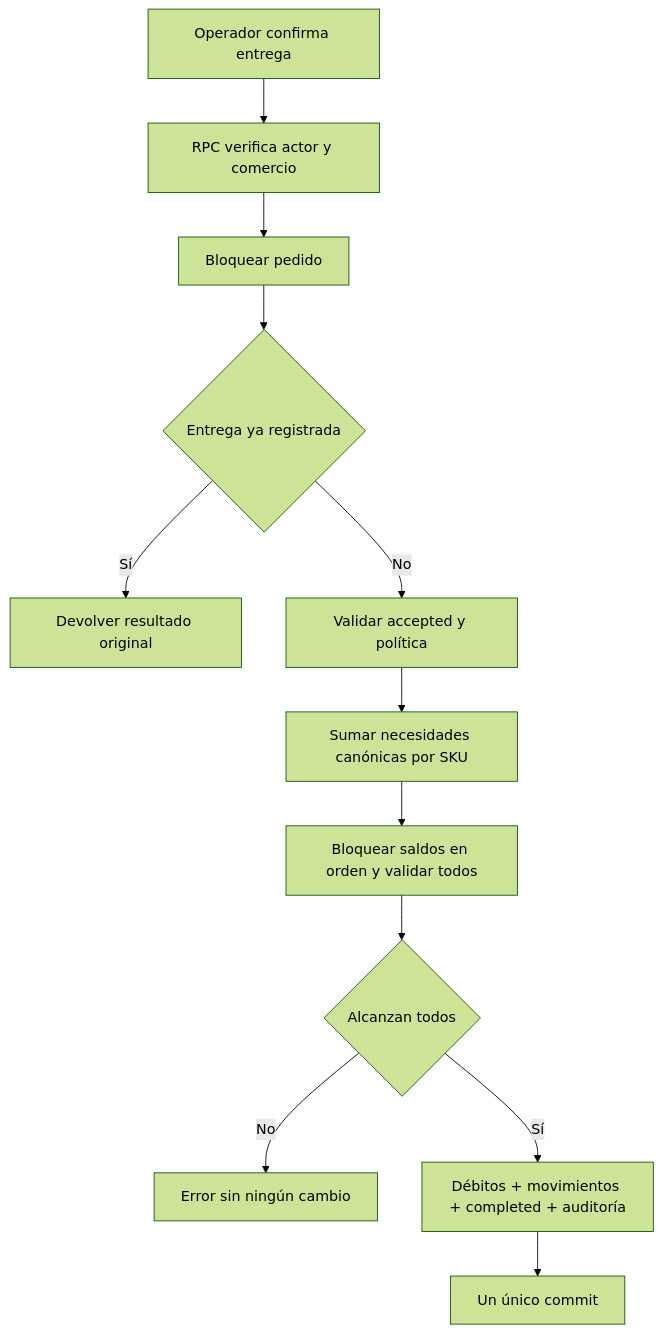
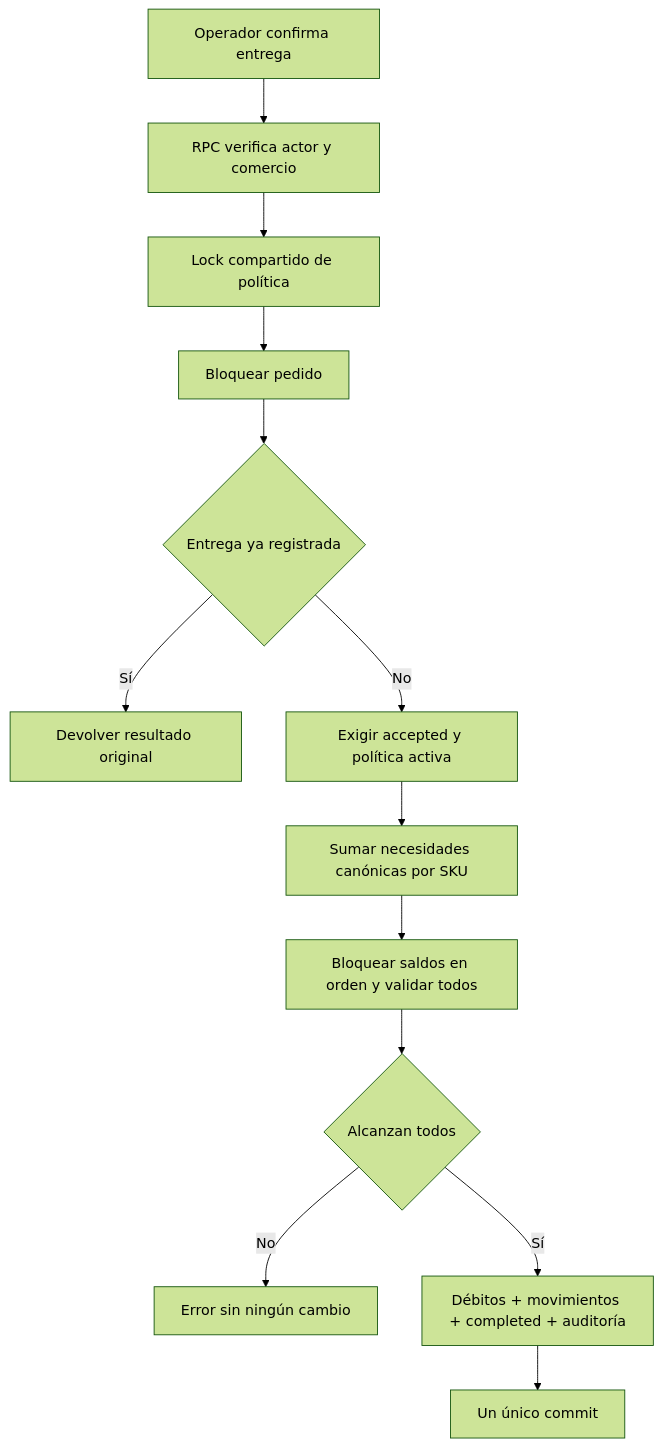
Before and after one commit to LautaroGalvan2024/mozzi-menu-digital: the diagram in docs/PLAN_MAYORISTA_Y_STOCK.md, drawn with Mermaid (forest theme). The commit also changed other lines of this file and 1 other file, not shown here.

````diff
--- a/docs/PLAN_MAYORISTA_Y_STOCK.md
+++ b/docs/PLAN_MAYORISTA_Y_STOCK.md
@@ -137,14 +215,15 @@
 ```mermaid
 flowchart TD
   A[Operador confirma entrega] --> B[RPC verifica actor y comercio]
-  B --> C[Bloquear pedido]
+  B --> P[Lock compartido de política]
+  P --> C[Bloquear pedido]
   C --> D{Entrega ya registrada}
   D -->|Sí| E[Devolver resultado original]
-  D -->|No| F[Validar accepted y política]
+  D -->|No| F[Exigir accepted y política activa]
   F --> G[Sumar necesidades canónicas por SKU]
   G --> H[Bloquear saldos en orden y validar todos]
   H --> I{Alcanzan todos}
   I -->|No| J[Error sin ningún cambio]
   I -->|Sí| K[Débitos + movimientos + completed + auditoría]
   K --> L[Un único commit]
 ```
````
